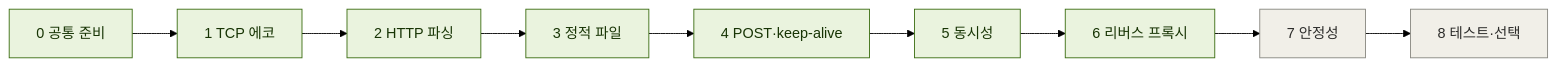
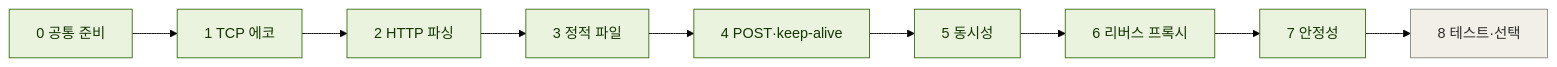
The diagram in docs/progress.md (hnjee/mini-webserver), drawn with Mermaid (forest theme) before and after one commit. The commit also changed other lines of this file and 18 other files, not shown here.

````diff
--- a/docs/progress.md
+++ b/docs/progress.md
@@ -7,13 +7,14 @@
 ```mermaid
 flowchart LR
     S0["0 공통 준비"] --> S1["1 TCP 에코"] --> S2["2 HTTP 파싱"] --> S3["3 정적 파일"] --> S4["4 POST·keep-alive"]
     S4 --> S5["5 동시성"] --> S6["6 리버스 프록시"] --> S7["7 안정성"] --> S8["8 테스트·선택"]
 
     classDef todo fill:#F1EFE8,stroke:#888780,color:#2C2C2A
     classDef doing fill:#E6F1FB,stroke:#185FA5,color:#042C53
     classDef done fill:#EAF3DE,stroke:#3B6D11,color:#173404
     classDef blocked fill:#FCEBEB,stroke:#A32D2D,color:#501313
     class S0,S1,S2,S3 done
     class S4,S5,S6 done
-    class S7,S8 todo
+    class S7 done
+    class S8 todo
 ```
````
